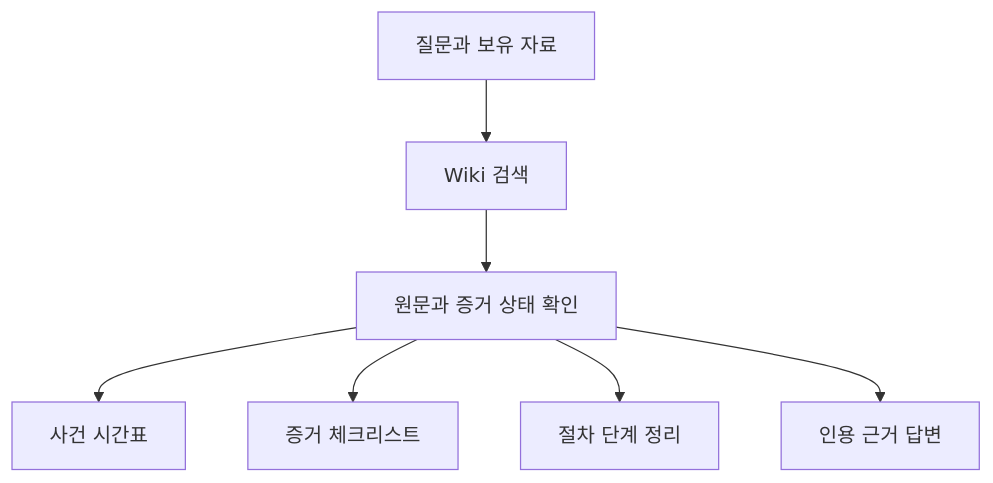
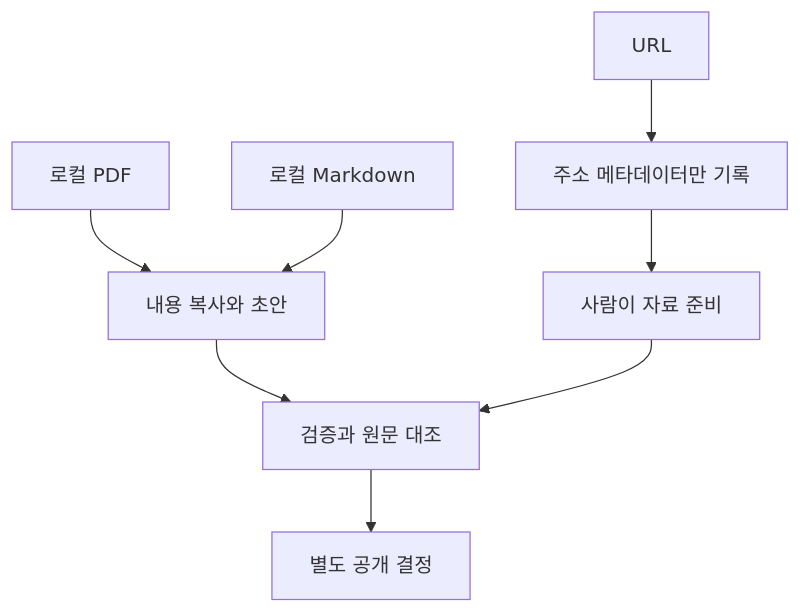
Before and after one commit to leetae9yu/haksulsomoim: the fourth of 4 diagrams in docs/LLM_Wiki_사례확장_및_에이전트_활용_쉬운설명.md, drawn with Mermaid. The commit also changed other lines of this file, not shown here.

Commit message:
Rewrite easy LLM Wiki guide from sources

````diff
--- a/docs/LLM_Wiki_사례확장_및_에이전트_활용_쉬운설명.md
+++ b/docs/LLM_Wiki_사례확장_및_에이전트_활용_쉬운설명.md
@@ -109,9 +165,10 @@
 ```mermaid
 flowchart TD
-    Q[질문과 보유 자료] --> S[Wiki 검색]
-    S --> V[원문과 증거 상태 확인]
-    V --> T[사건 시간표]
-    V --> C[증거 체크리스트]
-    V --> P[절차 단계 정리]
-    V --> R[인용 근거 답변]
+    A[URL] --> B[주소 메타데이터만 기록]
+    C[로컬 PDF] --> D[내용 복사와 초안]
+    E[로컬 Markdown] --> D
+    B --> F[사람이 자료 준비]
+    D --> G[검증과 원문 대조]
+    F --> G
+    G --> H[별도 공개 결정]
 ```
````
